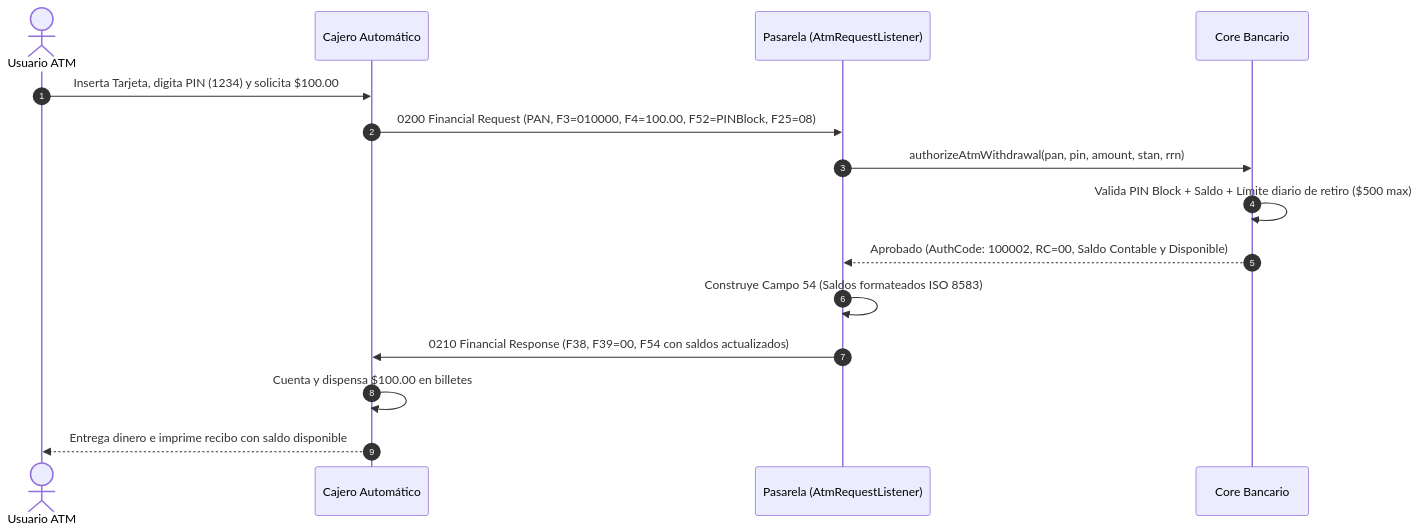
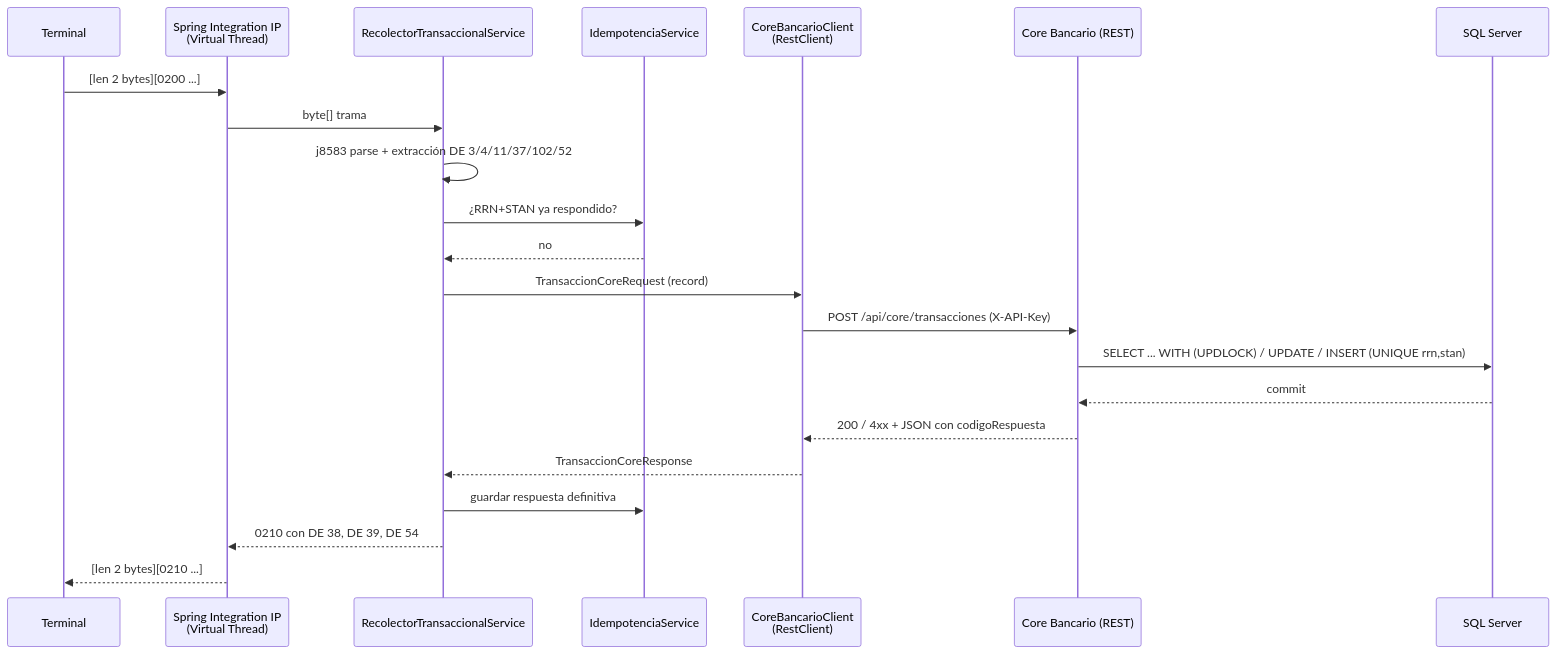
Before and after one commit to IanB0506/Cajero-Automatico: the diagram in DOCUMENTACION.md, drawn with Mermaid. The commit also changed other lines of this file and 7 other files, not shown here.

````diff
--- a/DOCUMENTACION.md
+++ b/DOCUMENTACION.md
@@ -179,18 +35,24 @@
 ```mermaid
 sequenceDiagram
-    autonumber
-    actor Cliente as Usuario ATM
-    participant ATM as Cajero Automático
-    participant GW as Pasarela (AtmRequestListener)
-    participant Core as Core Bancario
-
-    Cliente->>ATM: Inserta Tarjeta, digita PIN (1234) y solicita $100.00
-    ATM->>GW: 0200 Financial Request (PAN, F3=010000, F4=100.00, F52=PINBlock, F25=08)
-    GW->>Core: authorizeAtmWithdrawal(pan, pin, amount, stan, rrn)
-    Core->>Core: Valida PIN Block + Saldo + Límite diario de retiro ($500 max)
-    Core-->>GW: Aprobado (AuthCode: 100002, RC=00, Saldo Contable y Disponible)
-    GW->>GW: Construye Campo 54 (Saldos formateados ISO 8583)
-    GW->>ATM: 0210 Financial Response (F38, F39=00, F54 con saldos actualizados)
-    ATM->>ATM: Cuenta y dispensa $100.00 en billetes
-    ATM-->>Cliente: Entrega dinero e imprime recibo con saldo disponible
+    participant T as Terminal
+    participant GW as Spring Integration IP<br/>(Virtual Thread)
+    participant R as RecolectorTransaccionalService
+    participant I as IdempotenciaService
+    participant C as CoreBancarioClient<br/>(RestClient)
+    participant K as Core Bancario (REST)
+    participant DB as SQL Server
+    T->>GW: [len 2 bytes][0200 ...]
+    GW->>R: byte[] trama
+    R->>R: j8583 parse + extracción DE 3/4/11/37/102/52
+    R->>I: ¿RRN+STAN ya respondido?
+    I-->>R: no
+    R->>C: TransaccionCoreRequest (record)
+    C->>K: POST /api/core/transacciones (X-API-Key)
+    K->>DB: SELECT ... WITH (UPDLOCK) / UPDATE / INSERT (UNIQUE rrn,stan)
+    DB-->>K: commit
+    K-->>C: 200 / 4xx + JSON con codigoRespuesta
+    C-->>R: TransaccionCoreResponse
+    R->>I: guardar respuesta definitiva
+    R-->>GW: 0210 con DE 38, DE 39, DE 54
+    GW-->>T: [len 2 bytes][0210 ...]
 ```
````
